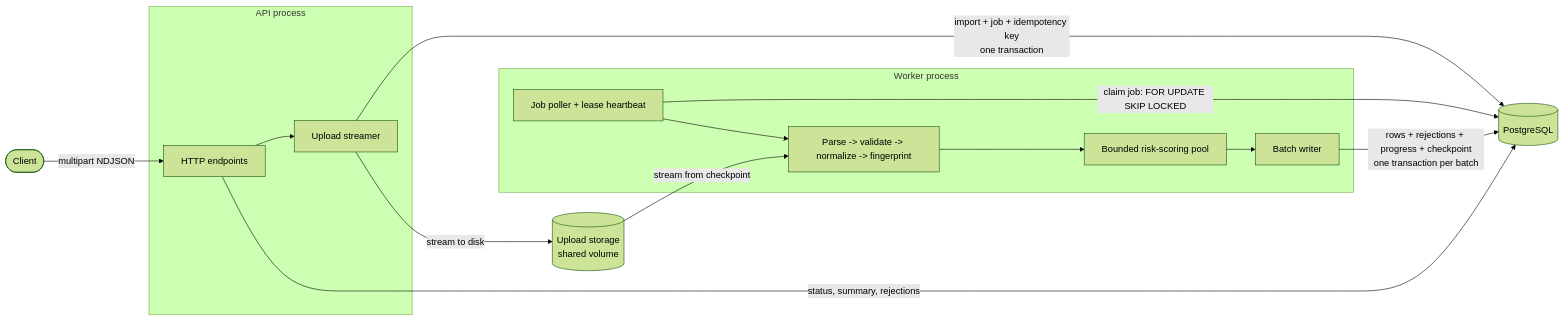
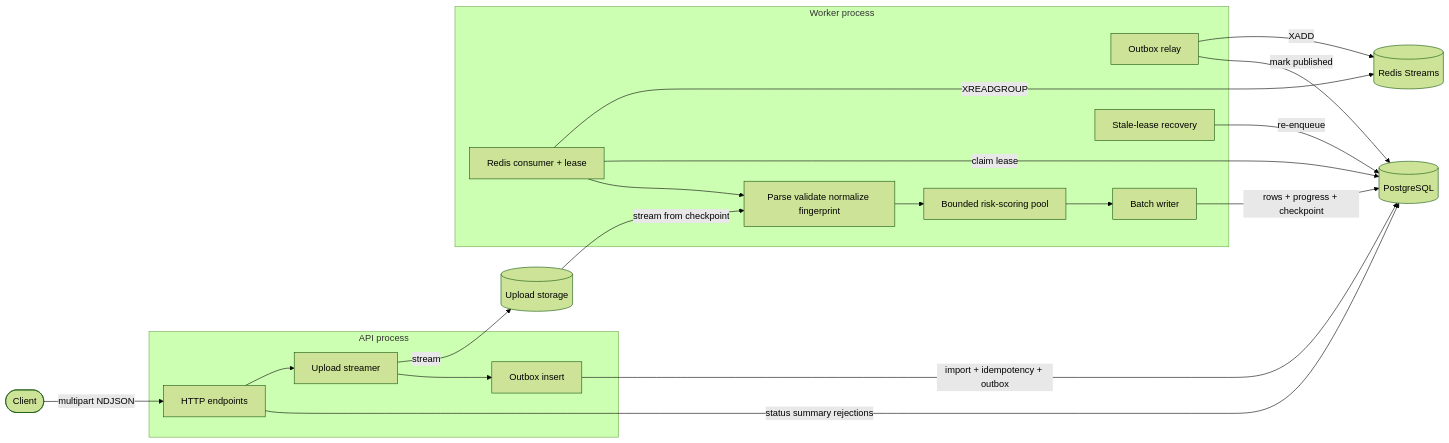
The first of 2 diagrams in docs/ARCHITECTURE.md (fitsumcs/transaction-import-service), drawn with Mermaid (forest theme) before and after one commit. The commit also changed other lines of this file and 12 other files, not shown here.

First line of the commit message:
docs+test: finish architecture, submission, benchmarks and e2e coverage

````diff
--- a/docs/ARCHITECTURE.md
+++ b/docs/ARCHITECTURE.md
@@ -8,30 +9,39 @@
 ```mermaid
 flowchart LR
     client([Client])
 
     subgraph api[API process]
         http[HTTP endpoints]
         upload[Upload streamer]
+        outboxWrite[Outbox insert]
     end
 
     subgraph worker[Worker process]
-        poller[Job poller + lease heartbeat]
-        pipeline[Parse -> validate -> normalize -> fingerprint]
+        relay[Outbox relay]
+        poller[Redis consumer + lease]
+        pipeline[Parse validate normalize fingerprint]
         pool[Bounded risk-scoring pool]
         writer[Batch writer]
+        recovery[Stale-lease recovery]
     end
 
-    storage[(Upload storage<br/>shared volume)]
+    storage[(Upload storage)]
     db[(PostgreSQL)]
+    redis[(Redis Streams)]
 
     client -->|multipart NDJSON| http
     http --> upload
-    upload -->|stream to disk| storage
-    upload -->|import + job + idempotency key<br/>one transaction| db
-    poller -->|claim job: FOR UPDATE SKIP LOCKED| db
+    upload -->|stream| storage
+    upload --> outboxWrite
+    outboxWrite -->|import + idempotency + outbox| db
+    relay -->|XADD| redis
+    relay -->|mark published| db
+    poller -->|XREADGROUP| redis
+    poller -->|claim lease| db
     poller --> pipeline
     storage -->|stream from checkpoint| pipeline
     pipeline --> pool --> writer
-    writer -->|rows + rejections + progress + checkpoint<br/>one transaction per batch| db
-    http -->|status, summary, rejections| db
+    writer -->|rows + progress + checkpoint| db
+    recovery -->|re-enqueue| db
+    http -->|status summary rejections| db
 ```
````
